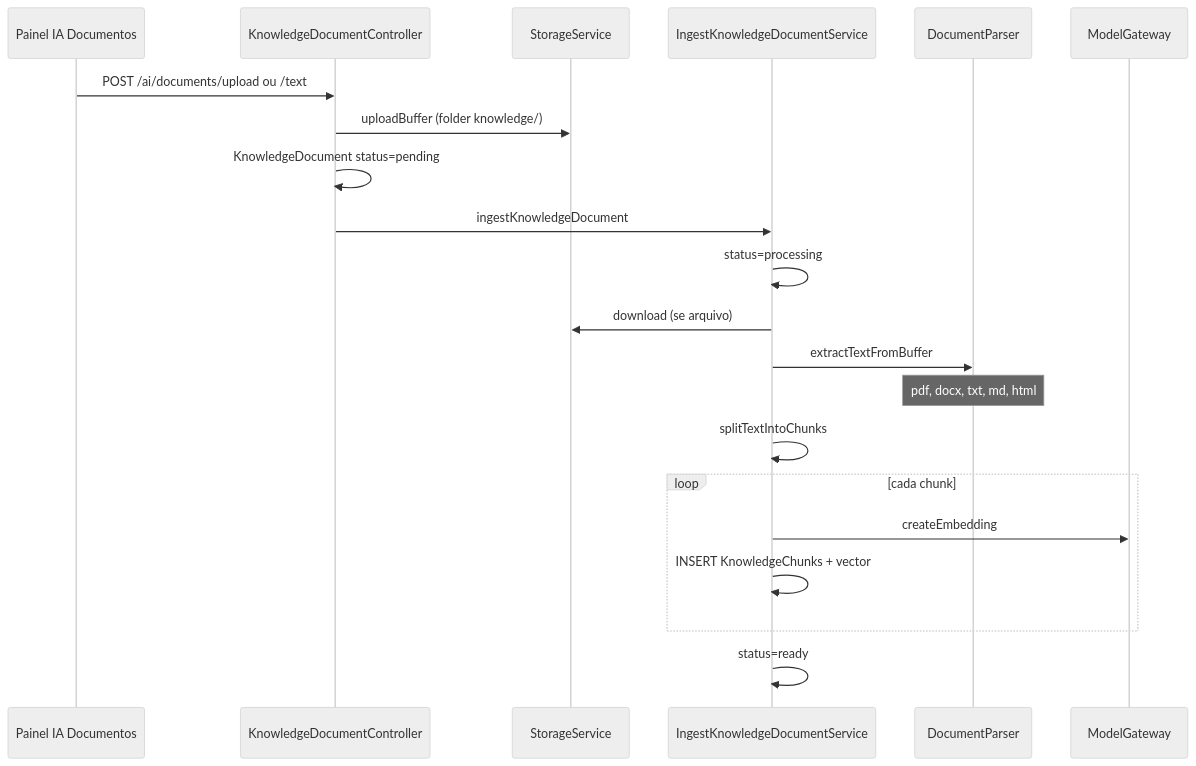
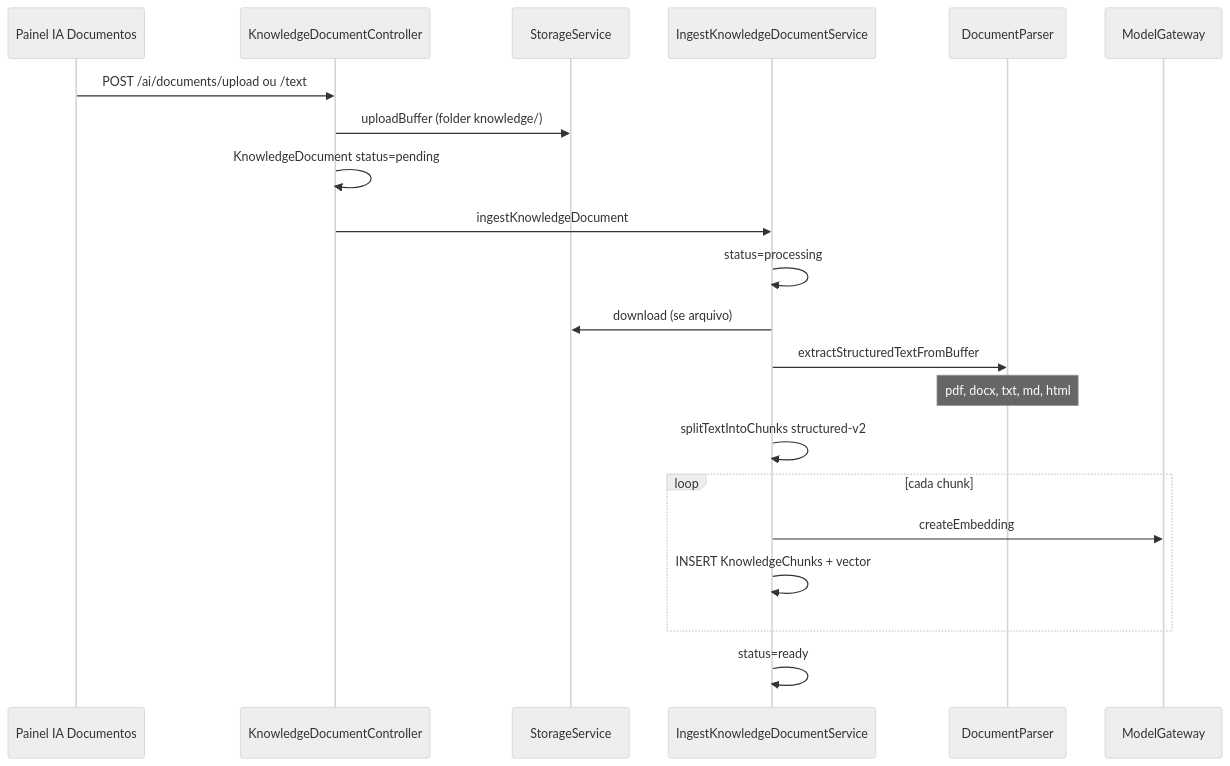
The sixth of 11 diagrams in docs/MANUAL_PLATAFORMA.md (DOORNESS/ticketz), drawn with Mermaid (neutral theme) before and after one commit. The commit also changed other lines of this file and 40 other files, not shown here.

````diff
--- a/docs/MANUAL_PLATAFORMA.md
+++ b/docs/MANUAL_PLATAFORMA.md
@@ -984,24 +997,24 @@
 ```mermaid
 sequenceDiagram
   participant UI as Painel IA Documentos
   participant C as KnowledgeDocumentController
   participant S as StorageService
   participant I as IngestKnowledgeDocumentService
   participant P as DocumentParser
   participant M as ModelGateway
 
   UI->>C: POST /ai/documents/upload ou /text
   C->>S: uploadBuffer (folder knowledge/)
   C->>C: KnowledgeDocument status=pending
   C->>I: ingestKnowledgeDocument
   I->>I: status=processing
   I->>S: download (se arquivo)
-  I->>P: extractTextFromBuffer
+  I->>P: extractStructuredTextFromBuffer
   Note over P: pdf, docx, txt, md, html
-  I->>I: splitTextIntoChunks
+  I->>I: splitTextIntoChunks structured-v2
   loop cada chunk
     I->>M: createEmbedding
     I->>I: INSERT KnowledgeChunks + vector
   end
   I->>I: status=ready
 ```
````
